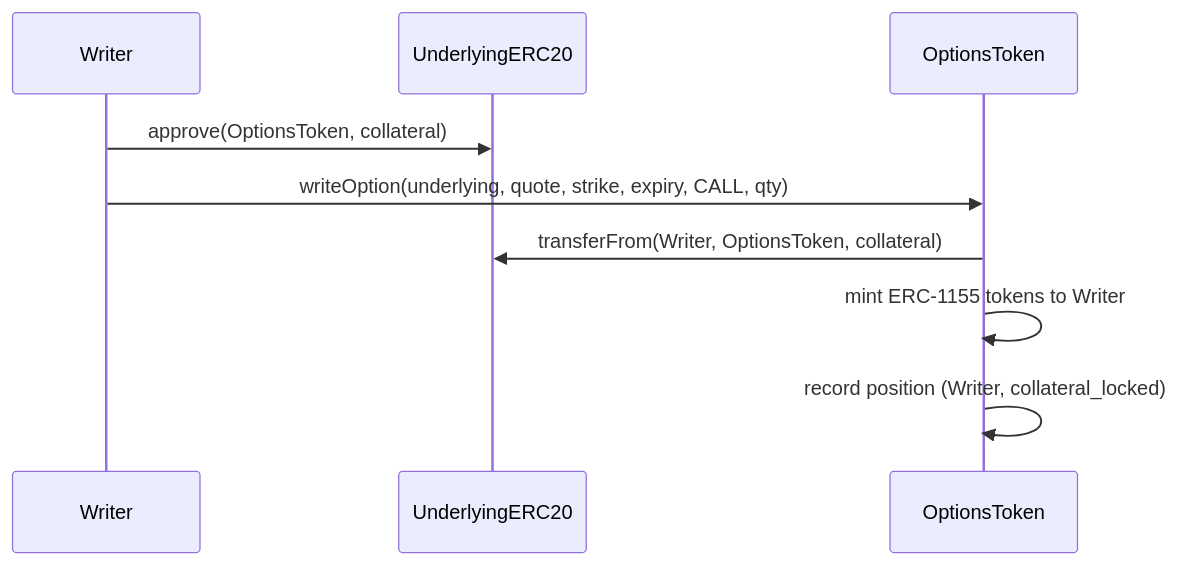
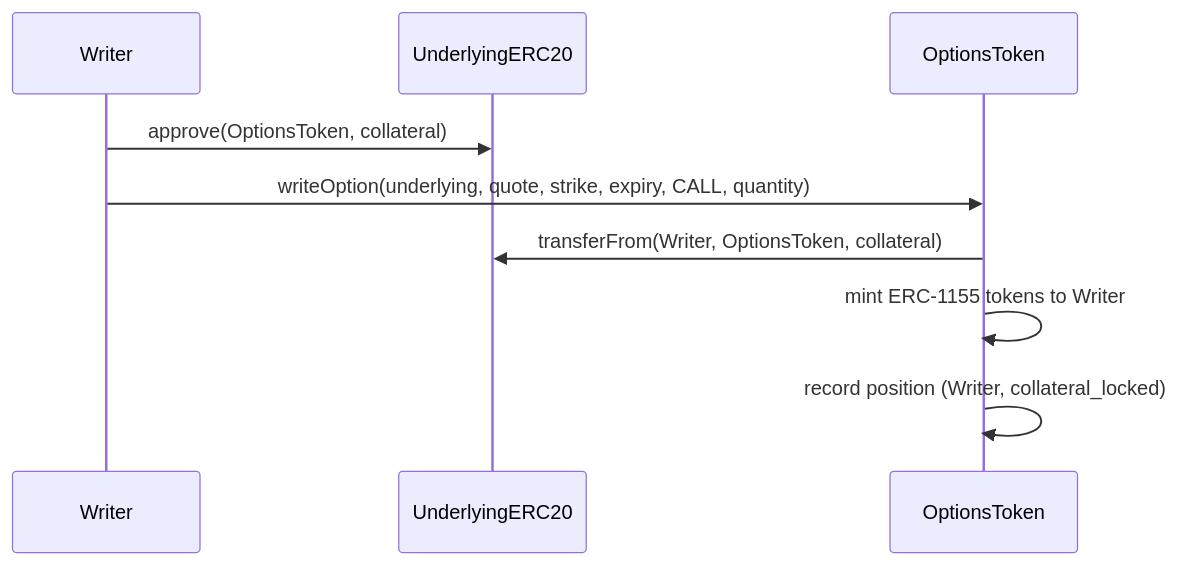
The second of 7 diagrams in SPEC.md (0xgleb/optional), drawn with Mermaid before and after one commit. The commit also changed other lines of this file, not shown here.

````diff
--- a/SPEC.md
+++ b/SPEC.md
@@ -238,12 +262,12 @@
 ```mermaid
 sequenceDiagram
     participant Writer
     participant UnderlyingERC20
     participant OptionsToken
     
     Writer->>UnderlyingERC20: approve(OptionsToken, collateral)
-    Writer->>OptionsToken: writeOption(underlying, quote, strike, expiry, CALL, qty)
+    Writer->>OptionsToken: writeOption(underlying, quote, strike, expiry, CALL, quantity)
     OptionsToken->>UnderlyingERC20: transferFrom(Writer, OptionsToken, collateral)
     OptionsToken->>OptionsToken: mint ERC-1155 tokens to Writer
     OptionsToken->>OptionsToken: record position (Writer, collateral_locked)
 ```
````
